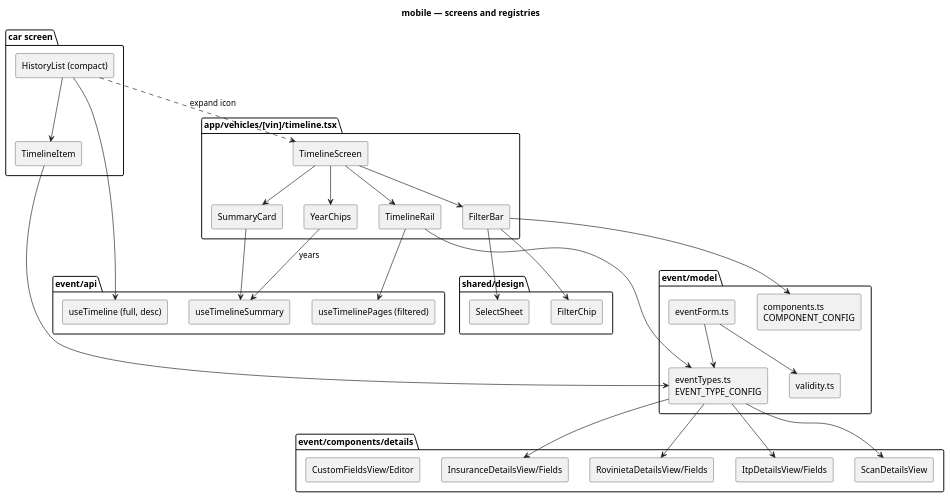
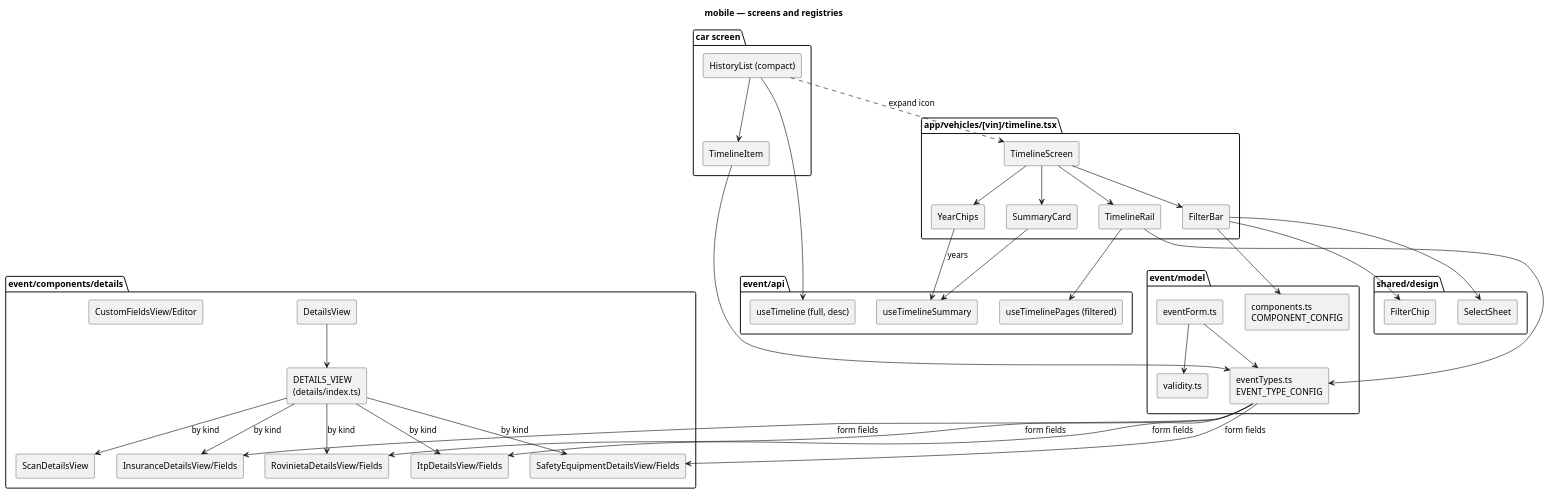
One commit to chelariu-andrei/vehicle-passport changed the sixth of 7 diagrams in docs/diagrams/timeline-extended.puml. Above: the diagram before and after it, drawn with PlantUML. The commit also changed other lines of this file and 6 other files, not shown here.

Commit message:
docs: diagrams and spec match the extended timeline build

```diff
--- a/docs/diagrams/timeline-extended.puml
+++ b/docs/diagrams/timeline-extended.puml
@@ -280,60 +301,69 @@
 @startuml timeline-extended-mobile
 title mobile — screens and registries
 skinparam componentStyle rectangle
 
 package "car screen" {
   [HistoryList (compact)]
   [TimelineItem]
 }
 package "app/vehicles/[vin]/timeline.tsx" {
   [TimelineScreen]
   [YearChips]
   [FilterBar]
   [SummaryCard]
   [TimelineRail]
 }
 package "event/model" {
   [eventTypes.ts\nEVENT_TYPE_CONFIG]
   [components.ts\nCOMPONENT_CONFIG]
   [validity.ts]
   [eventForm.ts]
 }
 package "event/api" {
   [useTimeline (full, desc)]
   [useTimelinePages (filtered)]
   [useTimelineSummary]
 }
 package "event/components/details" {
+  [DetailsView]
+  [DETAILS_VIEW\n(details/index.ts)]
   [InsuranceDetailsView/Fields]
+  [SafetyEquipmentDetailsView/Fields]
   [RovinietaDetailsView/Fields]
   [ItpDetailsView/Fields]
   [ScanDetailsView]
   [CustomFieldsView/Editor]
 }
 package "shared/design" {
   [FilterChip]
   [SelectSheet]
 }
 
 [HistoryList (compact)] --> [useTimeline (full, desc)]
 [HistoryList (compact)] --> [TimelineItem]
 [HistoryList (compact)] ..> [TimelineScreen] : expand icon
 [TimelineScreen] --> [YearChips]
 [TimelineScreen] --> [FilterBar]
 [TimelineScreen] --> [SummaryCard]
 [TimelineScreen] --> [TimelineRail]
 [YearChips] --> [useTimelineSummary] : years
 [SummaryCard] --> [useTimelineSummary]
 [TimelineRail] --> [useTimelinePages (filtered)]
 [FilterBar] --> [FilterChip]
 [FilterBar] --> [SelectSheet]
 [TimelineItem] --> [eventTypes.ts\nEVENT_TYPE_CONFIG]
 [TimelineRail] --> [eventTypes.ts\nEVENT_TYPE_CONFIG]
 [FilterBar] --> [components.ts\nCOMPONENT_CONFIG]
-[eventTypes.ts\nEVENT_TYPE_CONFIG] --> [InsuranceDetailsView/Fields]
-[eventTypes.ts\nEVENT_TYPE_CONFIG] --> [RovinietaDetailsView/Fields]
-[eventTypes.ts\nEVENT_TYPE_CONFIG] --> [ItpDetailsView/Fields]
-[eventTypes.ts\nEVENT_TYPE_CONFIG] --> [ScanDetailsView]
+[eventTypes.ts\nEVENT_TYPE_CONFIG] --> [InsuranceDetailsView/Fields] : form fields
+[eventTypes.ts\nEVENT_TYPE_CONFIG] --> [RovinietaDetailsView/Fields] : form fields
+[eventTypes.ts\nEVENT_TYPE_CONFIG] --> [ItpDetailsView/Fields] : form fields
+[eventTypes.ts\nEVENT_TYPE_CONFIG] --> [SafetyEquipmentDetailsView/Fields] : form fields
+[DETAILS_VIEW\n(details/index.ts)] --> [InsuranceDetailsView/Fields] : by kind
+[DETAILS_VIEW\n(details/index.ts)] --> [RovinietaDetailsView/Fields] : by kind
+[DETAILS_VIEW\n(details/index.ts)] --> [ItpDetailsView/Fields] : by kind
+[DETAILS_VIEW\n(details/index.ts)] --> [SafetyEquipmentDetailsView/Fields] : by kind
+[DETAILS_VIEW\n(details/index.ts)] --> [ScanDetailsView] : by kind
 [eventForm.ts] --> [eventTypes.ts\nEVENT_TYPE_CONFIG]
 [eventForm.ts] --> [validity.ts]
+[DetailsView] --> [DETAILS_VIEW\n(details/index.ts)]
 @enduml
```
